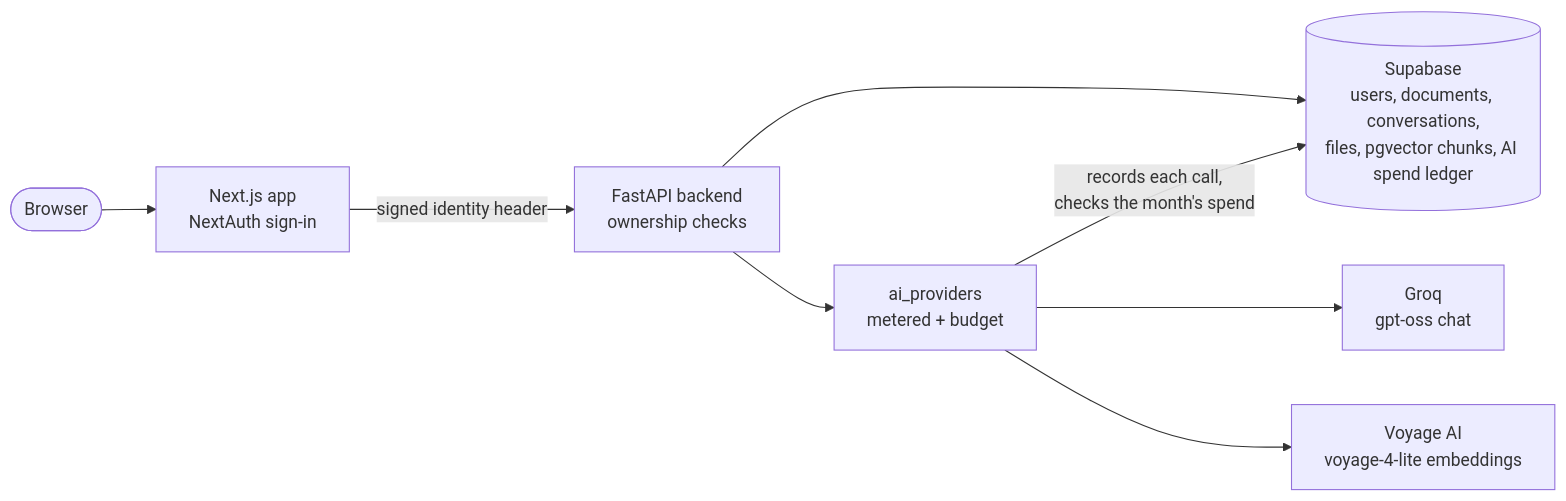
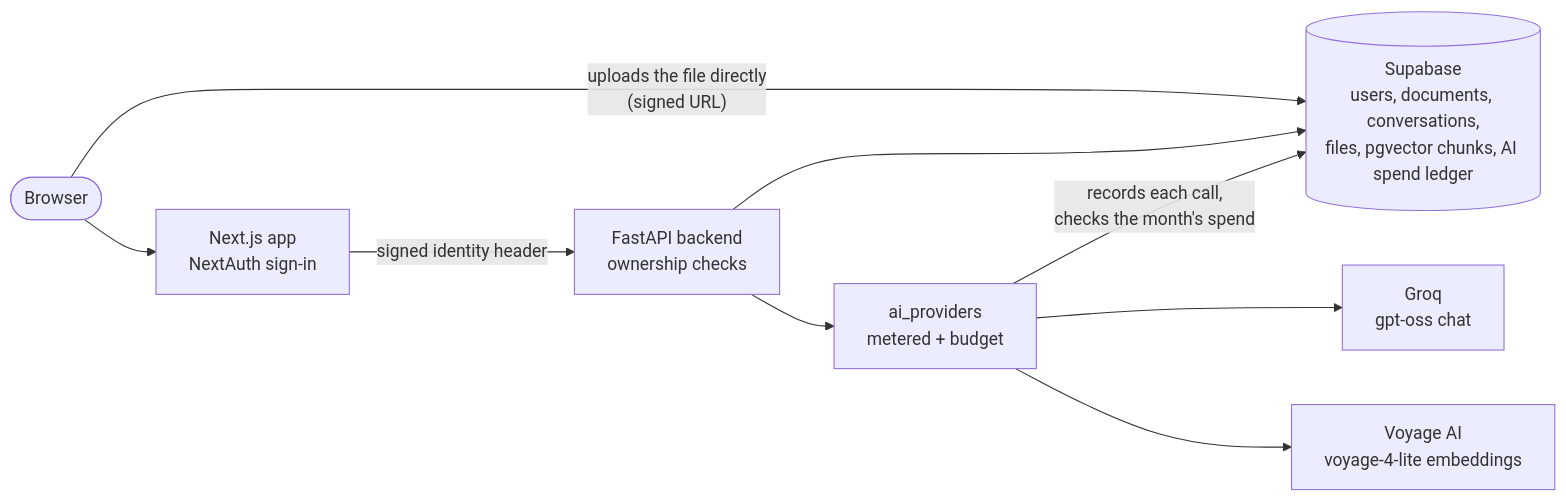
Before and after one commit to BilalIrfanContact/AskMyDoc: the fourth of 4 diagrams in README.md, drawn with Mermaid. The commit also changed other lines of this file, not shown here.

````diff
--- a/README.md
+++ b/README.md
@@ -277,10 +252,11 @@
 ```mermaid
 flowchart LR
     U([Browser]) --> FE["Next.js app<br/>NextAuth sign-in"]
+    U -- "uploads the file directly<br/>(signed URL)" --> SB
     FE -- "signed identity header" --> BE["FastAPI backend<br/>ownership checks"]
     BE --> SB[("Supabase<br/>users, documents, conversations,<br/>files, pgvector chunks, AI spend ledger")]
     BE --> AI["ai_providers<br/>metered + budget"]
     AI -- "records each call,<br/>checks the month's spend" --> SB
     AI --> GQ["Groq<br/>gpt-oss chat"]
     AI --> VY["Voyage AI<br/>voyage-4-lite embeddings"]
 ```
````
